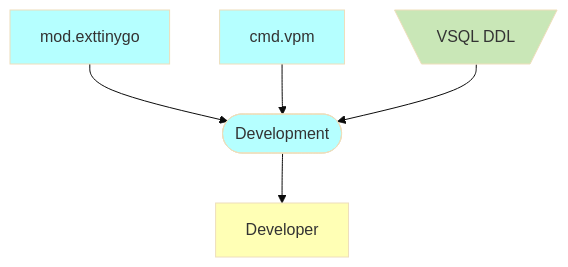
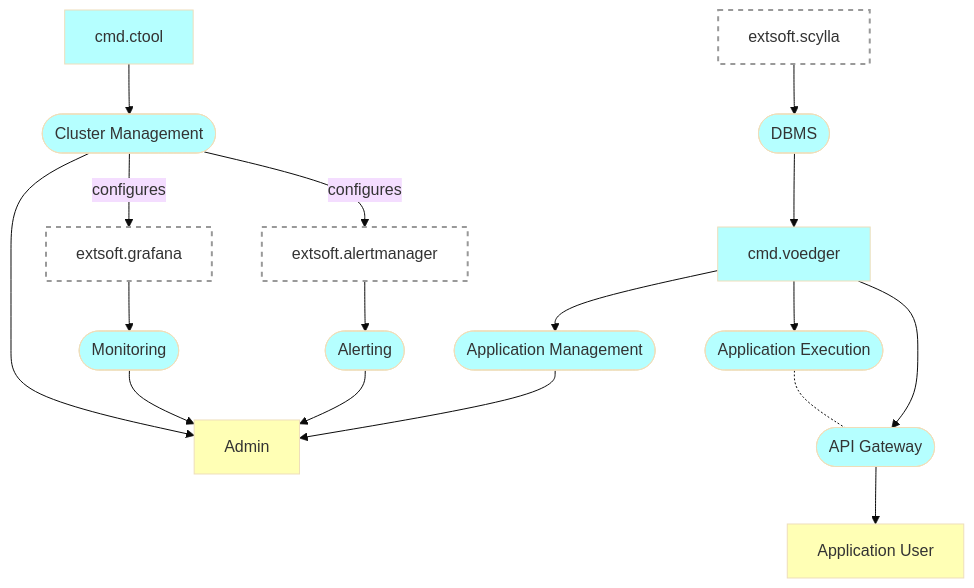
The first of 2 diagrams in README.md (voedger/voedger-internals), drawn with Mermaid (base theme) before and after one commit. The commit also changed 22 other files, not shown here.

````diff
--- a/README.md
+++ b/README.md
@@ -12,27 +17,52 @@
 ```mermaid
     graph TD
 
     %% Entities ====================
 
-    Developer[Developer]:::B
+    Admin[Admin]:::B
+    User[Application User]:::B
 
-    vsqlddl[\VSQL DDL/]:::H  
-    mod.exttinygo:::S
-    cmd.vpm:::S
+    cmd.voedger:::S
+    cmd.ctool:::S  
+    grafana[extsoft.grafana]:::G
+    alertmanager[extsoft.alertmanager]:::G
+    scylla[extsoft.scylla]:::G
 
-    Development([Development]):::S
-
+    DBMS([DBMS]):::S
+    
+    ClusterMgmt([Cluster Management]):::S
+    Monitoring([Monitoring]):::S
+    Alerting([Alerting]):::S
+    AppMgmt([Application Management]):::S  
+    RunApp([Application Execution]):::S
+    APIGateway([API Gateway]):::S
 
     %% Relations ====================
 
-    mod.exttinygo --> Development
-    cmd.vpm --> Development
-    Development --> Developer
-    vsqlddl --> Development
+    scylla --> DBMS
+    DBMS --> cmd.voedger
 
+    cmd.ctool --> ClusterMgmt
+    ClusterMgmt --> Admin
+    ClusterMgmt --> |configures| grafana
+    ClusterMgmt --> |configures| alertmanager
+
+    grafana --> Monitoring
+    alertmanager --> Alerting
+    Monitoring --> Admin
+    Alerting --> Admin
+
+    cmd.voedger --> AppMgmt
+    AppMgmt --> Admin
+
+    cmd.voedger --> RunApp
+    RunApp -.- APIGateway
+
+    cmd.voedger --> APIGateway
+    APIGateway --> User
 
     classDef B fill:#FFFFB5,color:#333
     classDef S fill:#B5FFFF,color:#333
     classDef H fill:#C9E7B7,color:#333
     classDef G fill:#ffffff15, stroke:#999, stroke-width:2px, stroke-dasharray: 5 5
 ```
````
